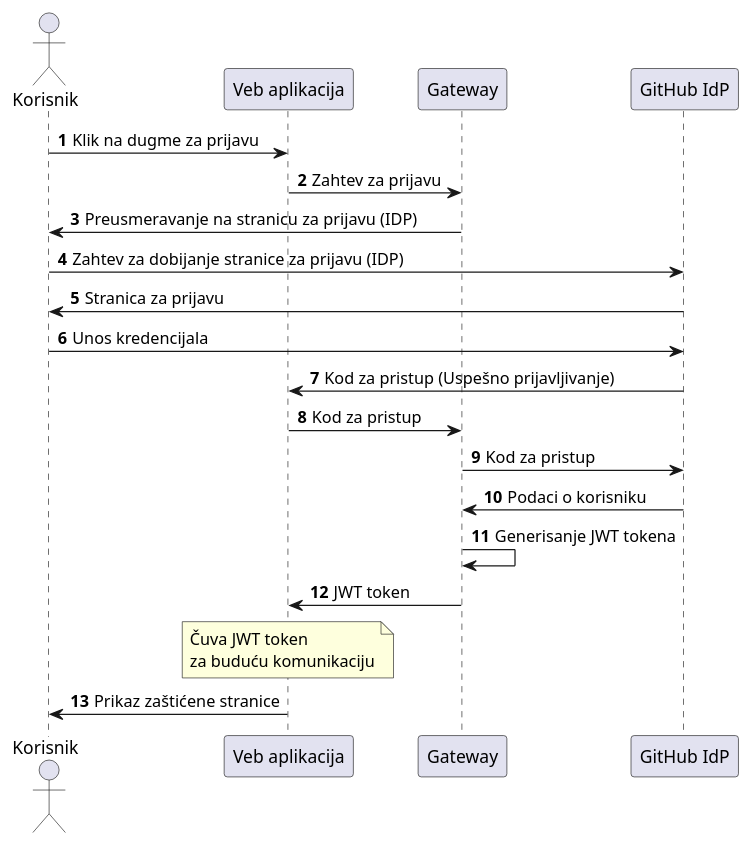
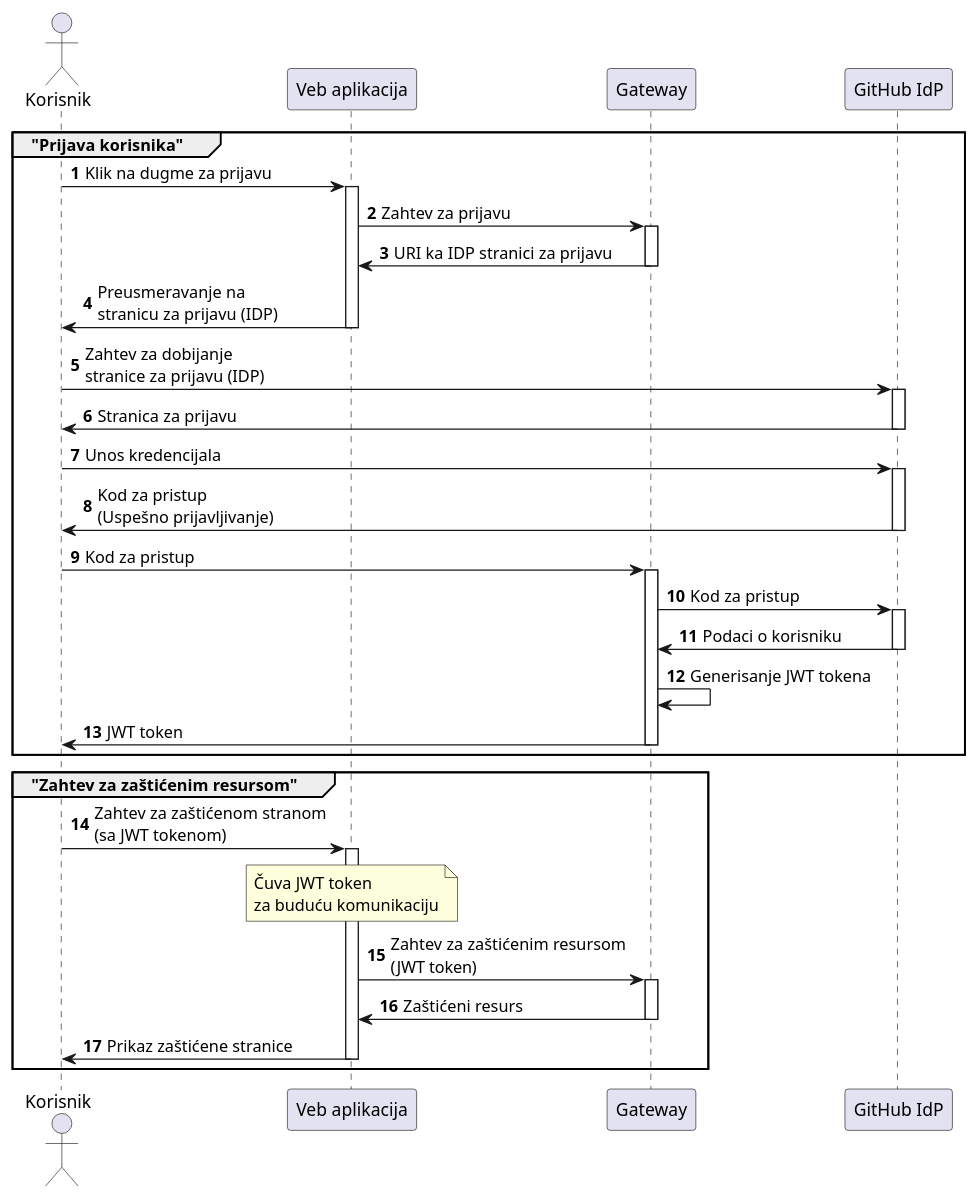
One commit to enco164/interpres changed the diagram in thesis/src/plantuml/prijava_korisnika.plantuml. Above: the diagram before and after it, drawn with PlantUML. The commit also changed 9 other files, not shown here.

```diff
--- a/thesis/src/plantuml/prijava_korisnika.plantuml
+++ b/thesis/src/plantuml/prijava_korisnika.plantuml
@@ -1,25 +1,55 @@
 @startuml Prijava korisnika
 autonumber
 
-actor Korisnik as user
-participant "Veb aplikacija" as browser
-participant Gateway as gw
-participant "GitHub IdP" as gh
+group "Prijava korisnika"
+    actor Korisnik as user
+    participant "Veb aplikacija" as browser
+    participant Gateway as gw
+    participant "GitHub IdP" as gh
 
-user -> browser : Klik na dugme za prijavu
-browser -> gw : Zahtev za prijavu
-gw -> user : Preusmeravanje na stranicu za prijavu (IDP)
-user -> gh : Zahtev za dobijanje stranice za prijavu (IDP)
-gh -> user : Stranica za prijavu
-user -> gh : Unos kredencijala
-gh -> browser : Kod za pristup (Uspešno prijavljivanje)
-browser -> gw : Kod za pristup
-gw -> gh : Kod za pristup
-gh -> gw : Podaci o korisniku
-gw -> gw : Generisanje JWT tokena
-gw -> browser : JWT token
 
-note over browser: Čuva JWT token \nza buduću komunikaciju
+    user -> browser : Klik na dugme za prijavu
+    activate browser 
+    browser -> gw : Zahtev za prijavu
+    activate gw
+    gw -> browser : URI ka IDP stranici za prijavu
+    deactivate gw
+    browser -> user : Preusmeravanje na \nstranicu za prijavu (IDP)
+    deactivate browser
 
-browser -> user : Prikaz zaštićene stranice
+
+    user -> gh : Zahtev za dobijanje \nstranice za prijavu (IDP)
+    activate gh
+    gh -> user : Stranica za prijavu
+    deactivate gh
+
+    user -> gh : Unos kredencijala
+    activate gh
+    gh -> user : Kod za pristup \n(Uspešno prijavljivanje)
+    deactivate gh
+
+
+    user -> gw : Kod za pristup
+    activate gw
+    gw -> gh : Kod za pristup
+    activate gh
+    gh -> gw : Podaci o korisniku
+    deactivate gh
+    gw -> gw : Generisanje JWT tokena
+    gw -> user : JWT token
+    deactivate gw
+end
+
+group "Zahtev za zaštićenim resursom"
+    user -> browser: Zahtev za zaštićenom stranom \n(sa JWT tokenom)
+    activate browser
+    note over browser: Čuva JWT token \nza buduću komunikaciju
+
+    browser -> gw: Zahtev za zaštićenim resursom \n(JWT token)
+    activate gw
+    gw -> browser: Zaštićeni resurs
+    deactivate gw
+    browser -> user : Prikaz zaštićene stranice
+    deactivate browser
+end
 @enduml
```
